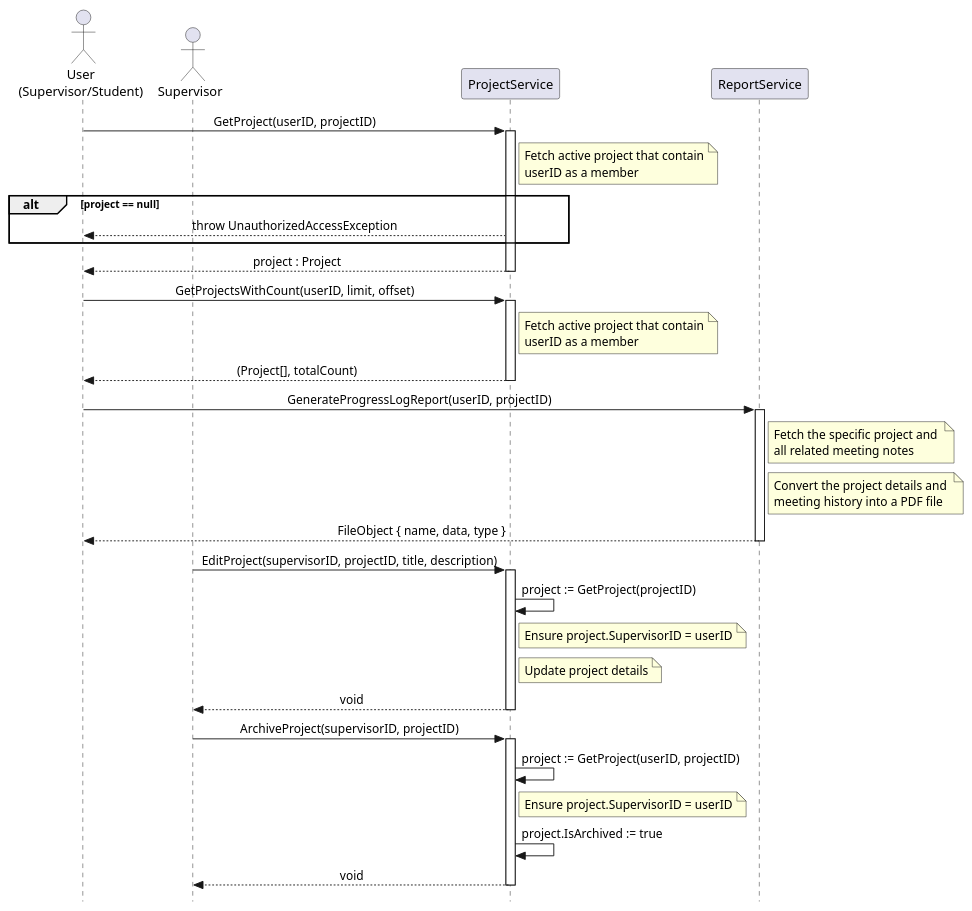
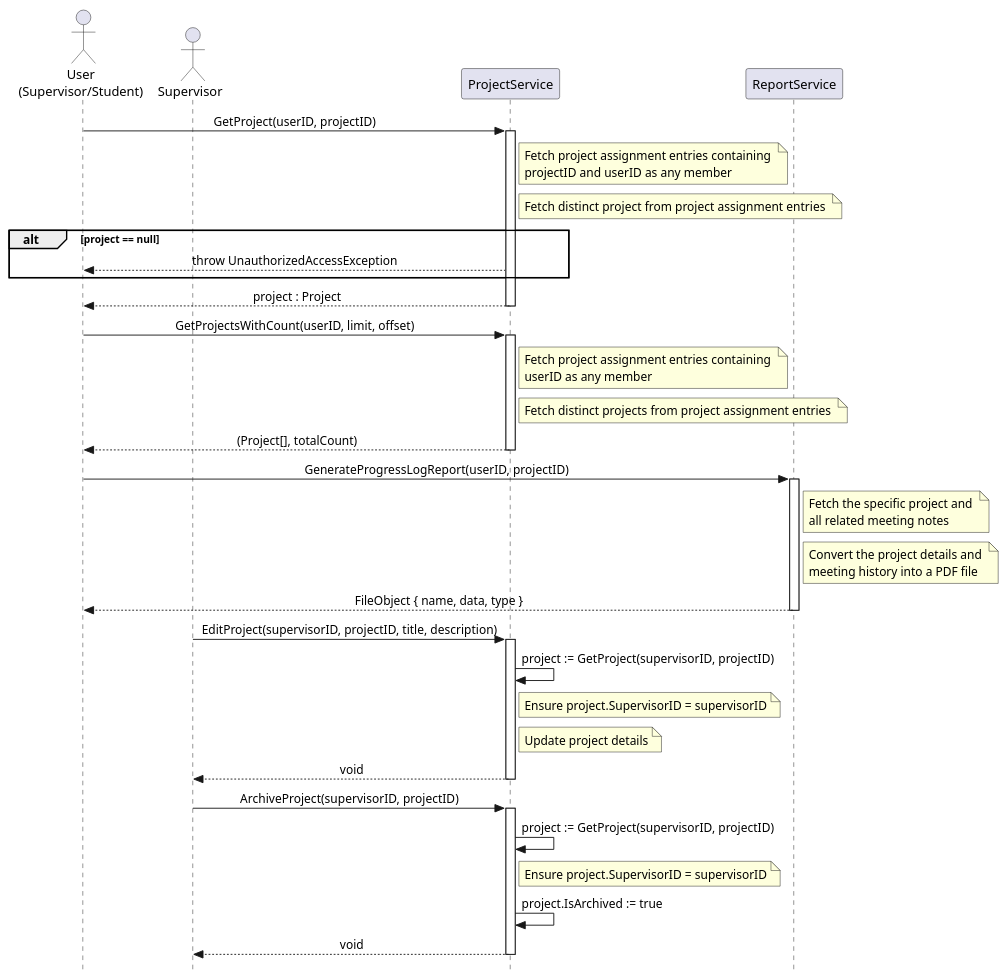
Before and after one commit to Beginner50/Dissertation: the diagram in UML/Sequence Diagrams/Project Management (User).plantuml, drawn with PlantUML. The commit also changed 269 other files, not shown here.

```diff
--- a/UML/Sequence Diagrams/Project Management (User).plantuml
+++ b/UML/Sequence Diagrams/Project Management (User).plantuml
@@ -1,69 +1,78 @@
 @startuml
 skinparam Style strictuml
 skinparam SequenceMessageAlignment center
 
 actor "User\n(Supervisor/Student)" as User 
 actor Supervisor
 participant "ProjectService" as PS
 participant "ReportService" as RS
 
 User -> PS : GetProject(userID, projectID)
 activate PS
-    note right of PS : Fetch active project that contain\nuserID as a member
+    note right of PS
+         Fetch project assignment entries containing 
+         projectID and userID as any member
+    end note
+    note right of PS
+         Fetch distinct project from project assignment entries 
+    end note
     alt project == null
         PS --> User: throw UnauthorizedAccessException
     end
     PS --> User : project : Project
 deactivate PS
 
 User -> PS : GetProjectsWithCount(userID, limit, offset)
 activate PS
-    note right of PS 
-        Fetch active project that contain
-        userID as a member
+    note right of PS
+         Fetch project assignment entries containing 
+         userID as any member
+    end note
+    note right of PS
+         Fetch distinct projects from project assignment entries 
     end note
     PS --> User : (Project[], totalCount)
 deactivate PS
 
 User -> RS : GenerateProgressLogReport(userID, projectID)
 activate RS
     
     note right of RS
         Fetch the specific project and 
         all related meeting notes 
     end note
     
     note right of RS
         Convert the project details and 
         meeting history into a PDF file
     end note
 
     RS --> User : FileObject { name, data, type }
 deactivate RS
 
 Supervisor -> PS : EditProject(supervisorID, projectID, title, description)
 activate PS
-    PS -> PS : project := GetProject(projectID)
+    PS -> PS : project := GetProject(supervisorID, projectID)
     
     note right of PS
-        Ensure project.SupervisorID = userID
+        Ensure project.SupervisorID = supervisorID
     end note
     
     note right of PS : Update project details 
     PS --> Supervisor : void
 deactivate PS
 
 Supervisor -> PS : ArchiveProject(supervisorID, projectID)
 activate PS
-    PS -> PS : project := GetProject(userID, projectID)
+    PS -> PS : project := GetProject(supervisorID, projectID)
     
     note right of PS
-        Ensure project.SupervisorID = userID
+        Ensure project.SupervisorID = supervisorID
     end note
     
     PS -> PS : project.IsArchived := true
     PS --> Supervisor : void
 deactivate PS
 
 
 @enduml
```
